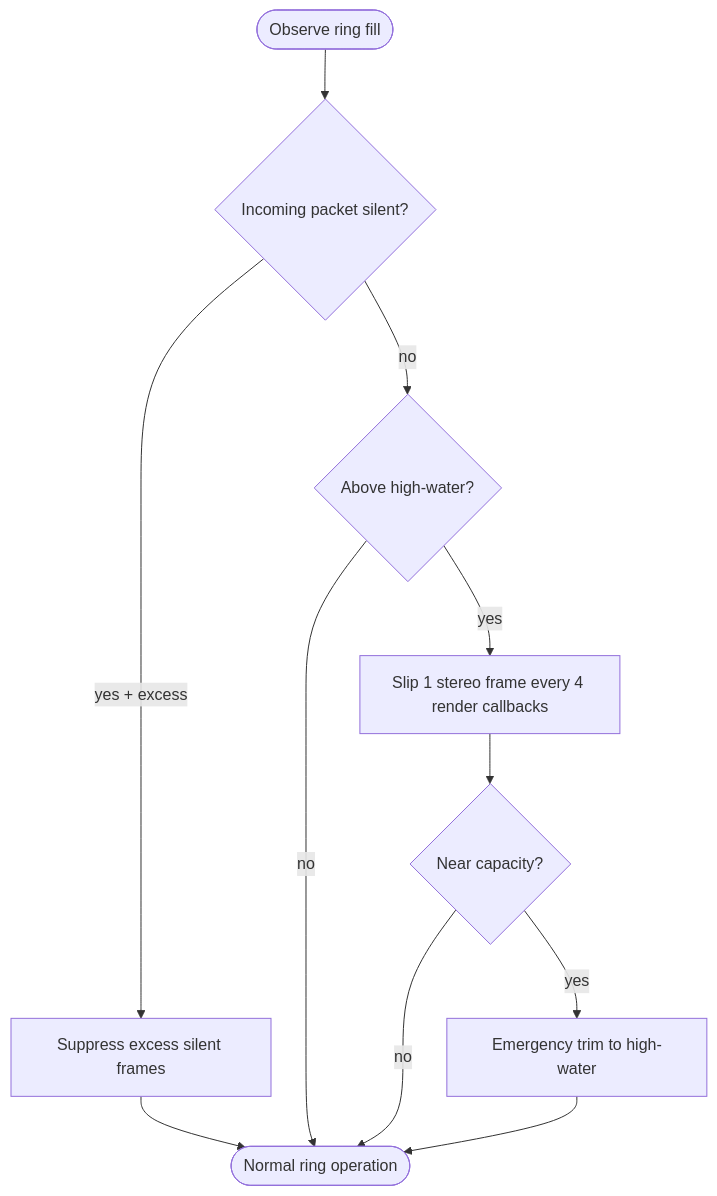
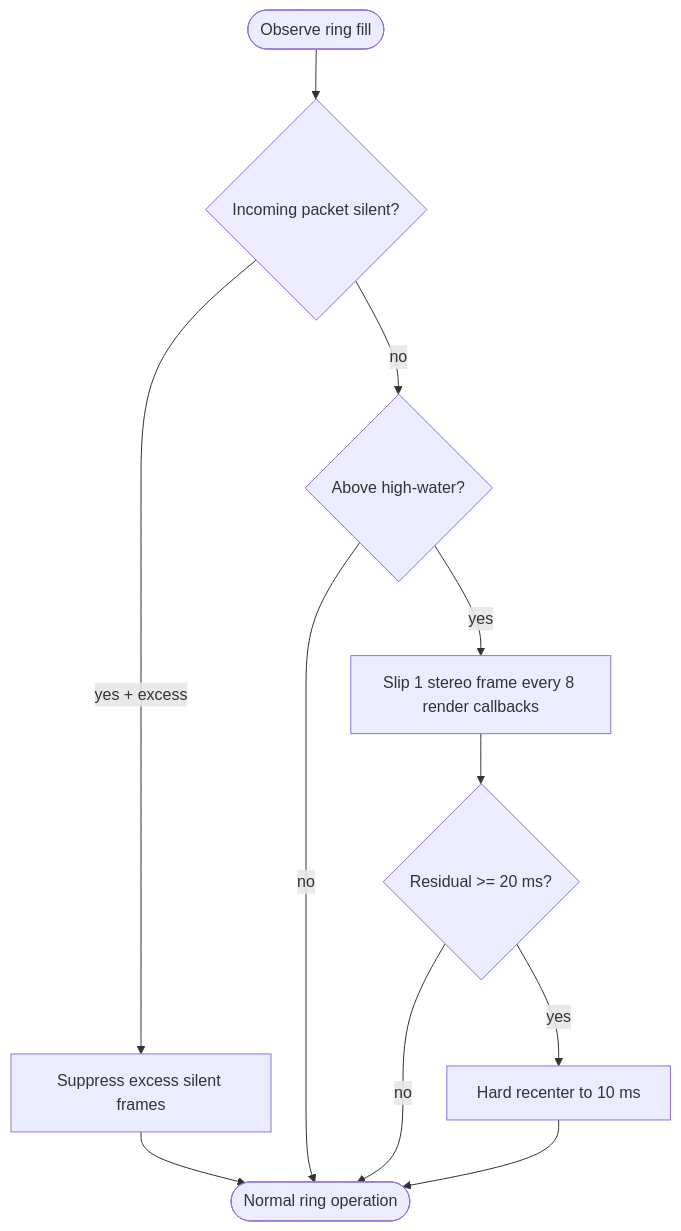
The diagram in VF/provisional-positive-drift-guard.vf.md (STanJK/LE-Audio-Relay), drawn with Mermaid before and after one commit. The commit also changed other lines of this file, not shown here.

Commit message:
docs: align drift VF node with 10 ms residual control

````diff
--- a/VF/provisional-positive-drift-guard.vf.md
+++ b/VF/provisional-positive-drift-guard.vf.md
@@ -82,22 +82,22 @@
 ```mermaid
 flowchart TD
     fill(["Observe ring fill"])
     silent{"Incoming packet silent?"}
     suppress["Suppress excess silent frames"]
     high{"Above high-water?"}
-    gradual["Slip 1 stereo frame every 4 render callbacks"]
-    emergency{"Near capacity?"}
-    hard["Emergency trim to high-water"]
+    gradual["Slip 1 stereo frame every 8 render callbacks"]
+    emergency{"Residual >= 20 ms?"}
+    hard["Hard recenter to 10 ms"]
     normal(["Normal ring operation"])
 
     fill --> silent
     silent -->|"yes + excess"| suppress
     silent -->|"no"| high
     suppress --> normal
     high -->|"yes"| gradual
     high -->|"no"| normal
     gradual --> emergency
     emergency -->|"yes"| hard
     emergency -->|"no"| normal
     hard --> normal
 ```
````
